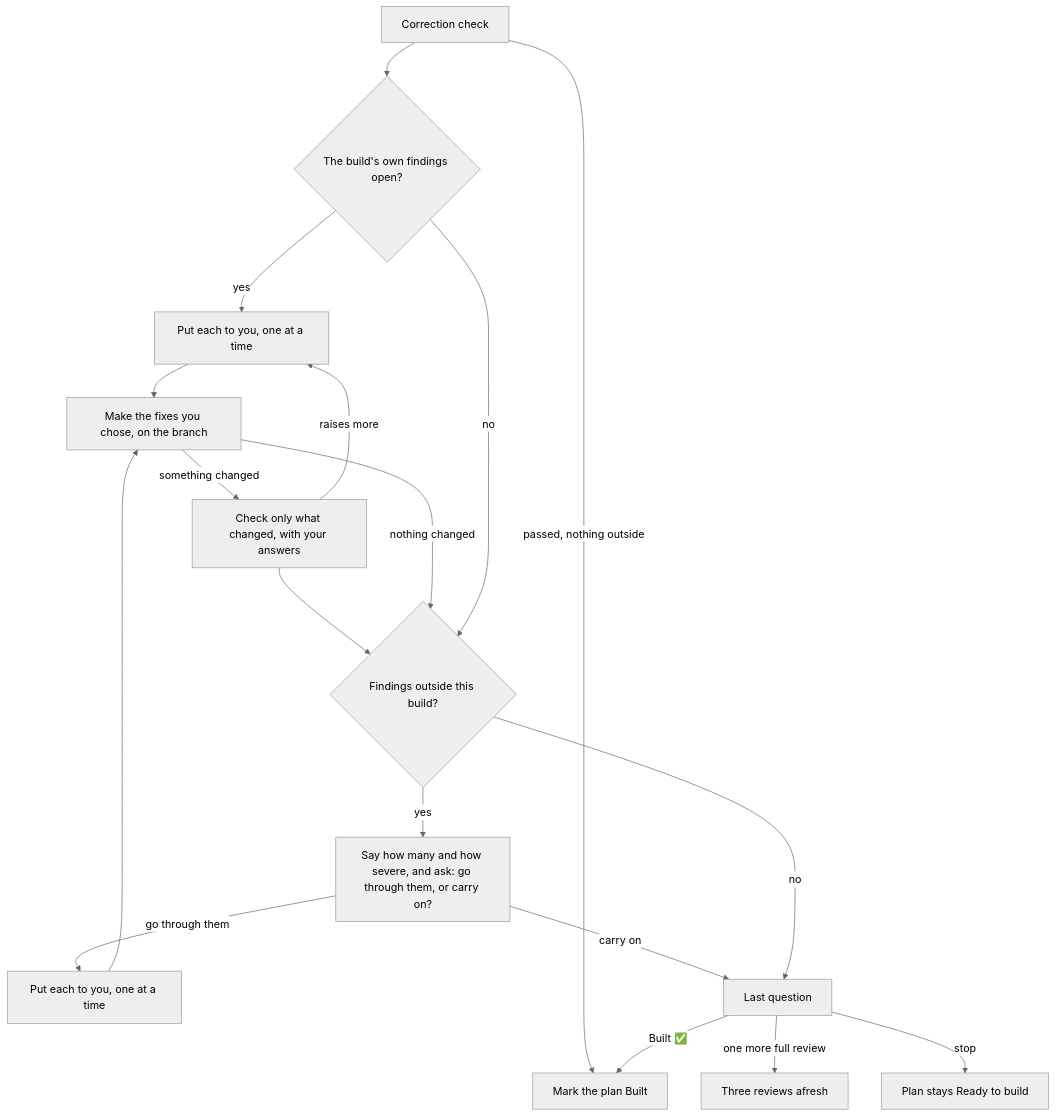
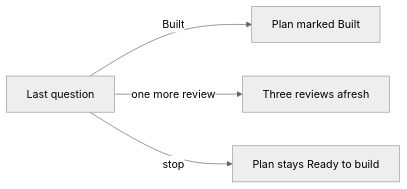
One commit to michaelmarconi/agentic-engineering changed the fifth of 5 diagrams in docs/skills/build.md. Above: the diagram before and after it, drawn with Mermaid (neutral theme). The commit also changed other lines of this file, not shown here.

Commit message:
Split the walk-through diagram into small ones (#148)

````diff
--- a/docs/skills/build.md
+++ b/docs/skills/build.md
@@ -228,20 +257,6 @@
 ```mermaid
-flowchart TD
-    Check[Correction check] -->|passed, nothing outside| Built
-    Check --> Own{The build's own findings open?}
-    Own -->|yes| Walk[Put each to you, one at a time]
-    Walk --> Fix[Make the fixes you chose, on the branch]
-    Fix -->|something changed| Recheck[Check only what changed, with your answers]
-    Recheck -->|raises more| Walk
-    Recheck --> Outside
-    Fix -->|nothing changed| Outside
-    Own -->|no| Outside{Findings outside this build?}
-    Outside -->|yes| Summary["Say how many and how severe, and ask: go through them, or carry on?"]
-    Summary -->|go through them| Walk2[Put each to you, one at a time]
-    Walk2 --> Fix
-    Summary -->|carry on| Last
-    Outside -->|no| Last[Last question]
-    Last -->|"Built ✅"| Built[Mark the plan Built]
-    Last -->|one more full review| Reviews[Three reviews afresh]
+flowchart LR
+    Last[Last question] -->|Built| Built[Plan marked Built]
+    Last -->|one more review| Reviews[Three reviews afresh]
     Last -->|stop| Ready[Plan stays Ready to build]
 ```
````
